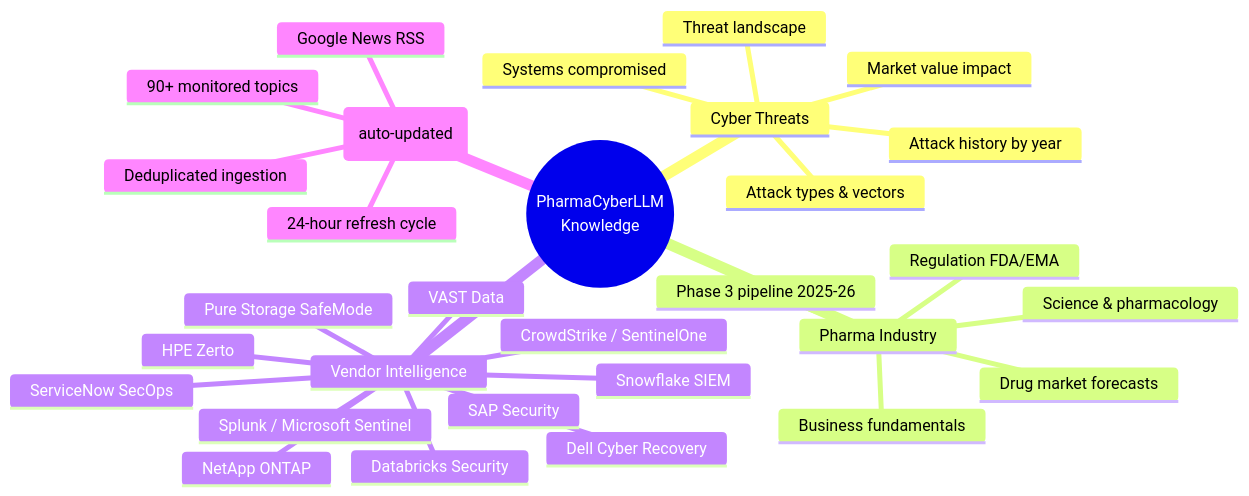
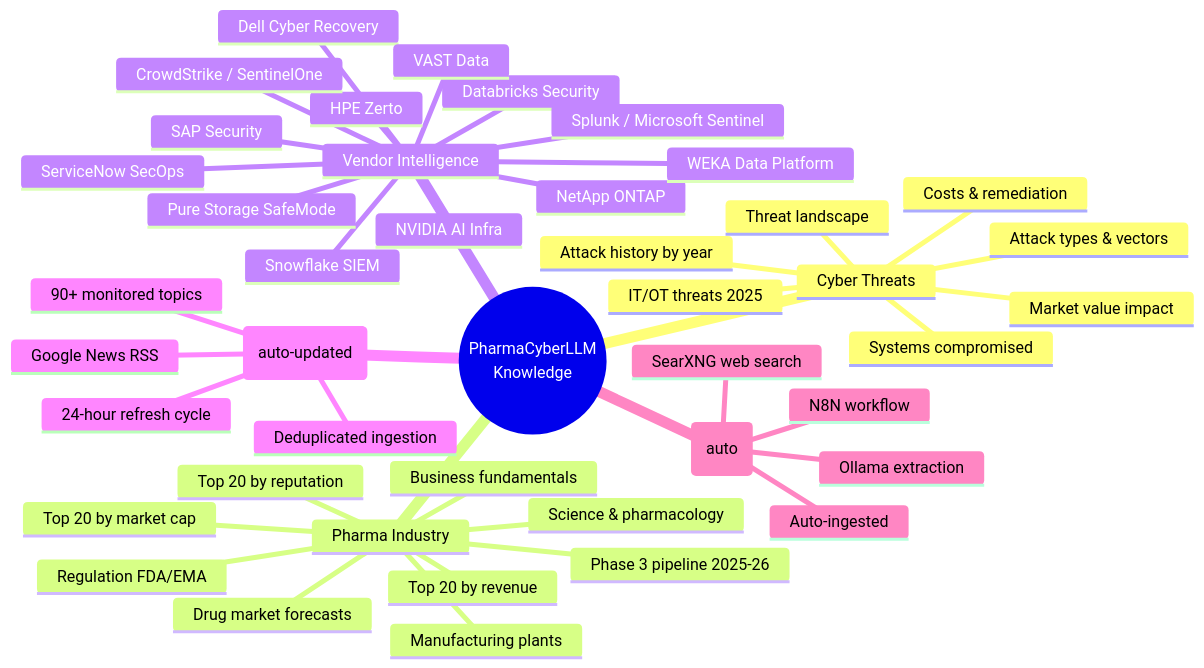
The second of 2 diagrams in README.md (sebdallais-git/PharmaCyberLLM), drawn with Mermaid before and after one commit. The commit also changed other lines of this file and 22 other files, not shown here.

First line of the commit message:
feat: add ChromaDB, gap detection, N8N workflow, and expanded knowledge base

````diff
--- a/README.md
+++ b/README.md
@@ -136,33 +210,46 @@
 ```mermaid
 mindmap
   root((PharmaCyberLLM<br/>Knowledge))
     Cyber Threats
       Attack history by year
       Attack types & vectors
       Systems compromised
       Threat landscape
       Market value impact
+      Costs & remediation
+      IT/OT threats 2025
     Pharma Industry
       Business fundamentals
       Drug market forecasts
       Phase 3 pipeline 2025-26
       Science & pharmacology
       Regulation FDA/EMA
+      Top 20 by revenue
+      Top 20 by market cap
+      Top 20 by reputation
+      Manufacturing plants
     Vendor Intelligence
       Dell Cyber Recovery
       Snowflake SIEM
       Databricks Security
       ServiceNow SecOps
       Pure Storage SafeMode
       NetApp ONTAP
       HPE Zerto
       VAST Data
       SAP Security
+      NVIDIA AI Infra
+      WEKA Data Platform
       CrowdStrike / SentinelOne
       Splunk / Microsoft Sentinel
     News (auto-updated)
       90+ monitored topics
       Google News RSS
       24-hour refresh cycle
       Deduplicated ingestion
+    Gap-Filled (auto)
+      N8N workflow
+      SearXNG web search
+      Ollama extraction
+      Auto-ingested
 ```
````
